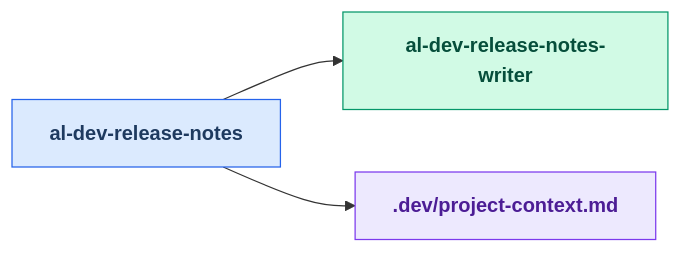
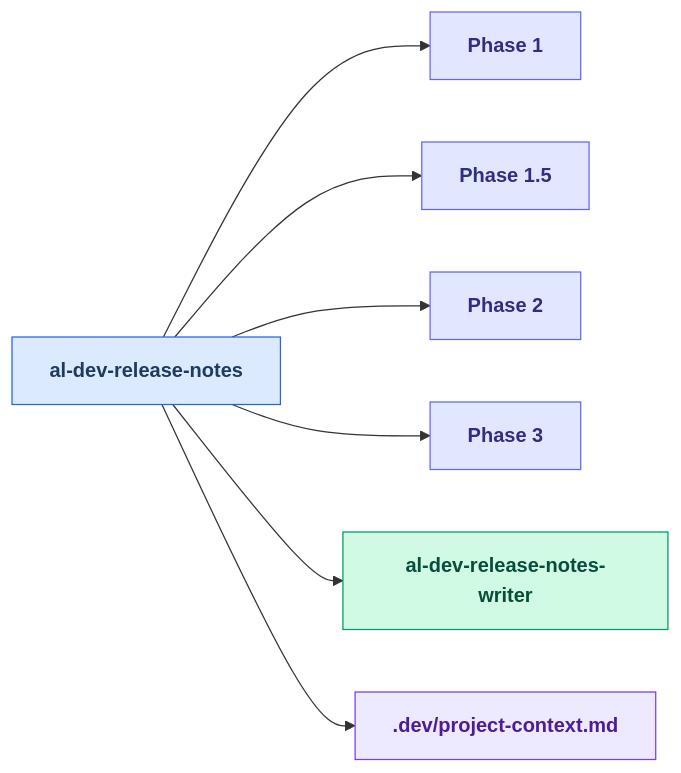
One commit to russell-laing/al-dev-shared changed diagram 15 of 25 in docs/al-dev-skills-map.md. Above: the diagram before and after it, drawn with Mermaid. The commit also changed other lines of this file and 1 other file, not shown here.

First line of the commit message:
feat: generate Phase<N> nodes in skill drilldown diagrams

````diff
--- a/docs/al-dev-skills-map.md
+++ b/docs/al-dev-skills-map.md
@@ -613,18 +747,31 @@
 ```mermaid
 flowchart LR
     classDef skillNode fill:#dbeafe,stroke:#2563eb,color:#1e3a5f,font-weight:bold
     classDef agentNode fill:#d1fae5,stroke:#059669,color:#064e3b,font-weight:bold
     classDef knowledgeNode fill:#fef3c7,stroke:#d97706,color:#78350f,font-weight:bold
     classDef artifactNode fill:#ede9fe,stroke:#7c3aed,color:#4c1d95,font-weight:bold
+    classDef phaseNode fill:#e0e7ff,stroke:#6366f1,color:#312e81,font-weight:bold
 
     skill_al_dev_release_notes[al-dev-release-notes]
+    Phase1["Phase 1"]
+    Phase1_5["Phase 1.5"]
+    Phase2["Phase 2"]
+    Phase3["Phase 3"]
     agent_al_dev_release_notes_writer[al-dev-release-notes-writer]
     artifact_project_context_md[.dev/project-context.md]
 
+    skill_al_dev_release_notes --> Phase1
+    skill_al_dev_release_notes --> Phase1_5
+    skill_al_dev_release_notes --> Phase2
+    skill_al_dev_release_notes --> Phase3
     skill_al_dev_release_notes --> agent_al_dev_release_notes_writer
     skill_al_dev_release_notes --> artifact_project_context_md
 
     class skill_al_dev_release_notes skillNode
+    class Phase1 phaseNode
+    class Phase1_5 phaseNode
+    class Phase2 phaseNode
+    class Phase3 phaseNode
     class agent_al_dev_release_notes_writer agentNode
     class artifact_project_context_md artifactNode
 ```
````
